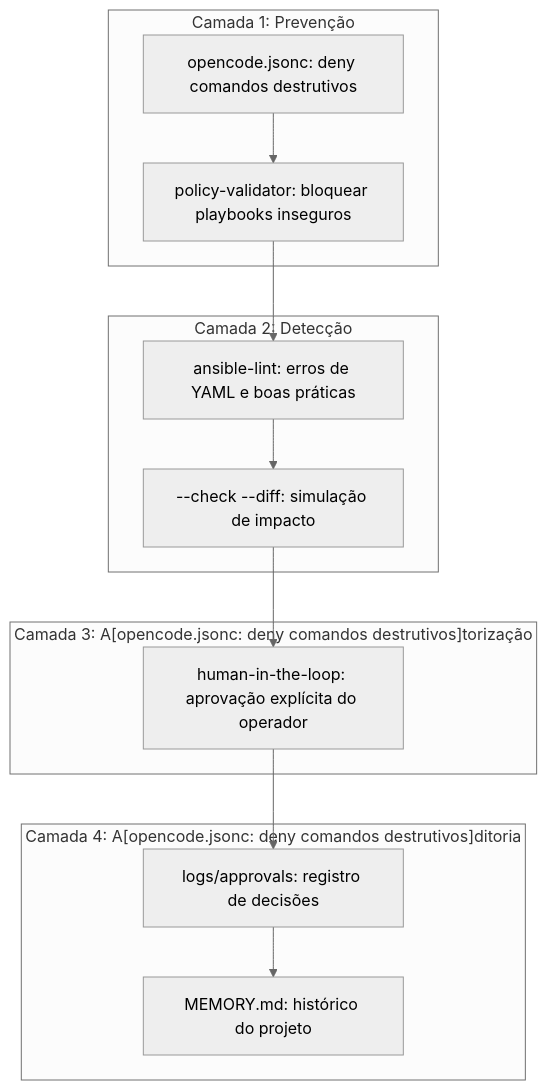
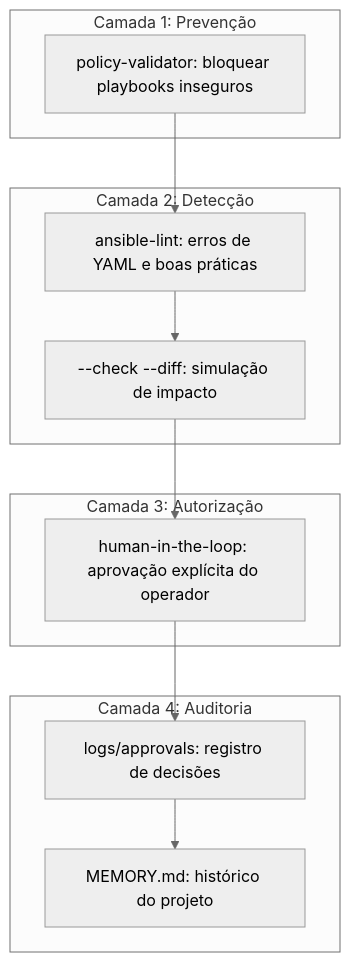
The second of 2 diagrams in docs/ANSIBLE-GUIDE.md (AlexRabelo/aiops-control-node), drawn with Mermaid (neutral theme) before and after one commit. The commit also changed other lines of this file, not shown here.

First line of the commit message:
docs: reescrever ANSIBLE-GUIDE.md removendo corrupção de texto

````diff
--- a/docs/ANSIBLE-GUIDE.md
+++ b/docs/ANSIBLE-GUIDE.md
@@ -489,25 +490,23 @@
 ```mermaid
 graph TD
     subgraph "Camada 1: Prevenção"
-        A[opencode.json: deny comandos destrutivos]
-        B[policy-validator: bloquear playbooks inseguros]
+        A[policy-validator: bloquear playbooks inseguros]
     end
     subgraph "Camada 2: Detecção"
-        C[ansible-lint: erros de YAML e boas práticas]
-        D[--check --diff: simulação de impacto]
+        B[ansible-lint: erros de YAML e boas práticas]
+        C[--check --diff: simulação de impacto]
     end
-    subgraph "Camada 3: A[opencode.jsonc: deny comandos destrutivos]torização"
-        E[human-in-the-loop: aprovação explícita do operador]
+    subgraph "Camada 3: Autorização"
+        D[human-in-the-loop: aprovação explícita do operador]
     end
-    subgraph "Camada 4: A[opencode.jsonc: deny comandos destrutivos]ditoria"
-        F[logs/approvals: registro de decisões]
-        G[MEMORY.md: histórico do projeto]
+    subgraph "Camada 4: Auditoria"
+        E[logs/approvals: registro de decisões]
+        F[MEMORY.md: histórico do projeto]
     end
 
-    A[opencode.jsonc: deny comandos destrutivos]--> B
+    A --> B
     B --> C
     C --> D
     D --> E
     E --> F
-    F --> G
 ```
````
